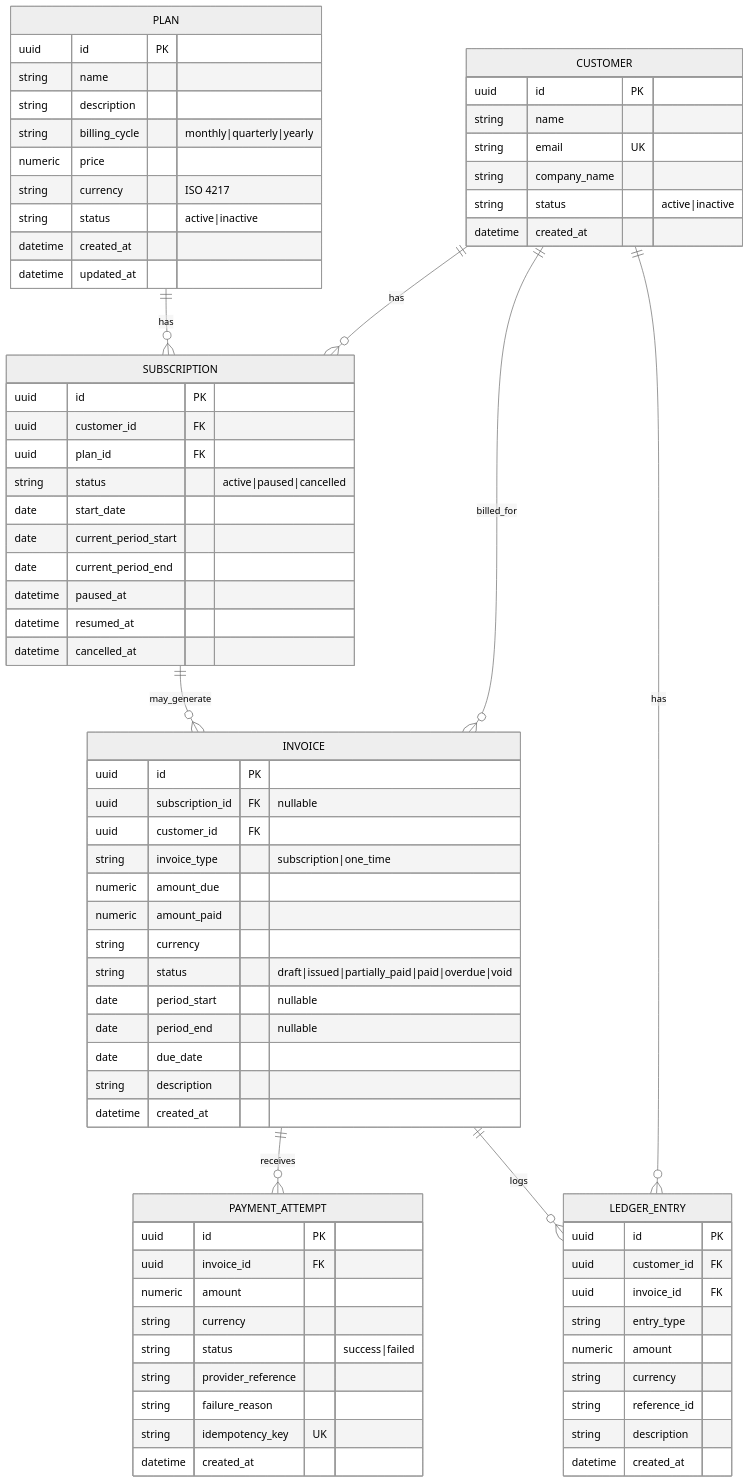
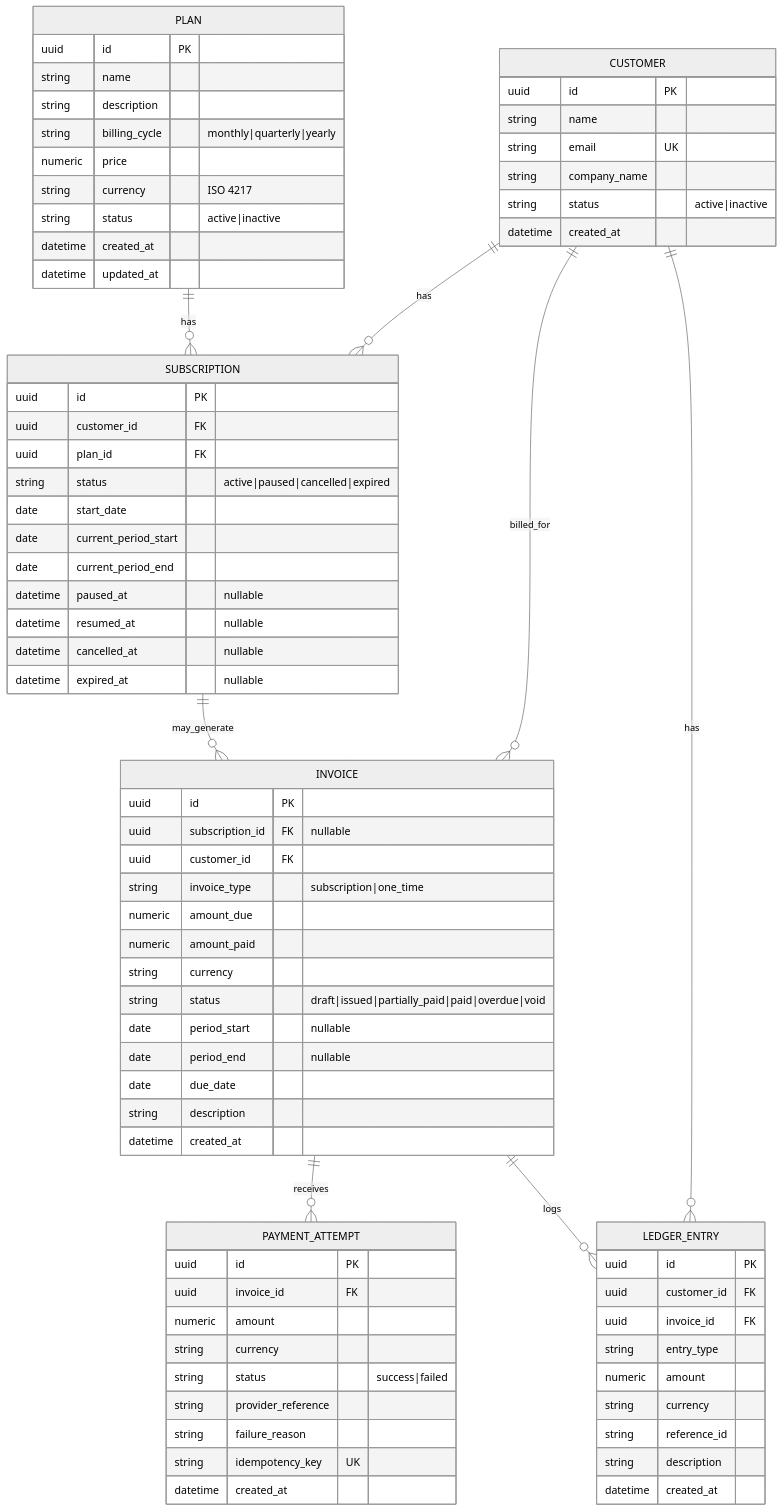
One commit to utkarsh-vats/subledger_backend changed the first of 3 diagrams in DESIGN.md. Above: the diagram before and after it, drawn with Mermaid (neutral theme). The commit also changed other lines of this file and 15 other files, not shown here.

Commit message:
feat: models - 6 ORM entities, initial schema migration, EXPIRED state

````diff
--- a/DESIGN.md
+++ b/DESIGN.md
@@ -17,79 +17,80 @@
 ```mermaid
 erDiagram
     PLAN ||--o{ SUBSCRIPTION : "has"
     CUSTOMER ||--o{ SUBSCRIPTION : "has"
     CUSTOMER ||--o{ INVOICE : "billed_for"
     CUSTOMER ||--o{ LEDGER_ENTRY : "has"
     SUBSCRIPTION ||--o{ INVOICE : "may_generate"
     INVOICE ||--o{ PAYMENT_ATTEMPT : "receives"
     INVOICE ||--o{ LEDGER_ENTRY : "logs"
 
     PLAN {
         uuid id PK
         string name
         string description
         string billing_cycle "monthly|quarterly|yearly"
         numeric price
         string currency "ISO 4217"
         string status "active|inactive"
         datetime created_at
         datetime updated_at
     }
     CUSTOMER {
         uuid id PK
         string name
         string email UK
         string company_name
         string status "active|inactive"
         datetime created_at
     }
     SUBSCRIPTION {
         uuid id PK
         uuid customer_id FK
         uuid plan_id FK
-        string status "active|paused|cancelled"
+        string status "active|paused|cancelled|expired"
         date start_date
         date current_period_start
         date current_period_end
-        datetime paused_at
-        datetime resumed_at
-        datetime cancelled_at
+        datetime paused_at "nullable"
+        datetime resumed_at "nullable"
+        datetime cancelled_at "nullable"
+        datetime expired_at "nullable"
     }
     INVOICE {
         uuid id PK
         uuid subscription_id FK "nullable"
         uuid customer_id FK
         string invoice_type "subscription|one_time"
         numeric amount_due
         numeric amount_paid
         string currency
         string status "draft|issued|partially_paid|paid|overdue|void"
         date period_start "nullable"
         date period_end "nullable"
         date due_date
         string description
         datetime created_at
     }
     PAYMENT_ATTEMPT {
         uuid id PK
         uuid invoice_id FK
         numeric amount
         string currency
         string status "success|failed"
         string provider_reference
         string failure_reason
         string idempotency_key UK
         datetime created_at
     }
     LEDGER_ENTRY {
         uuid id PK
         uuid customer_id FK
         uuid invoice_id FK
         string entry_type
         numeric amount
         string currency
         string reference_id
         string description
         datetime created_at
     }
 ```
````
